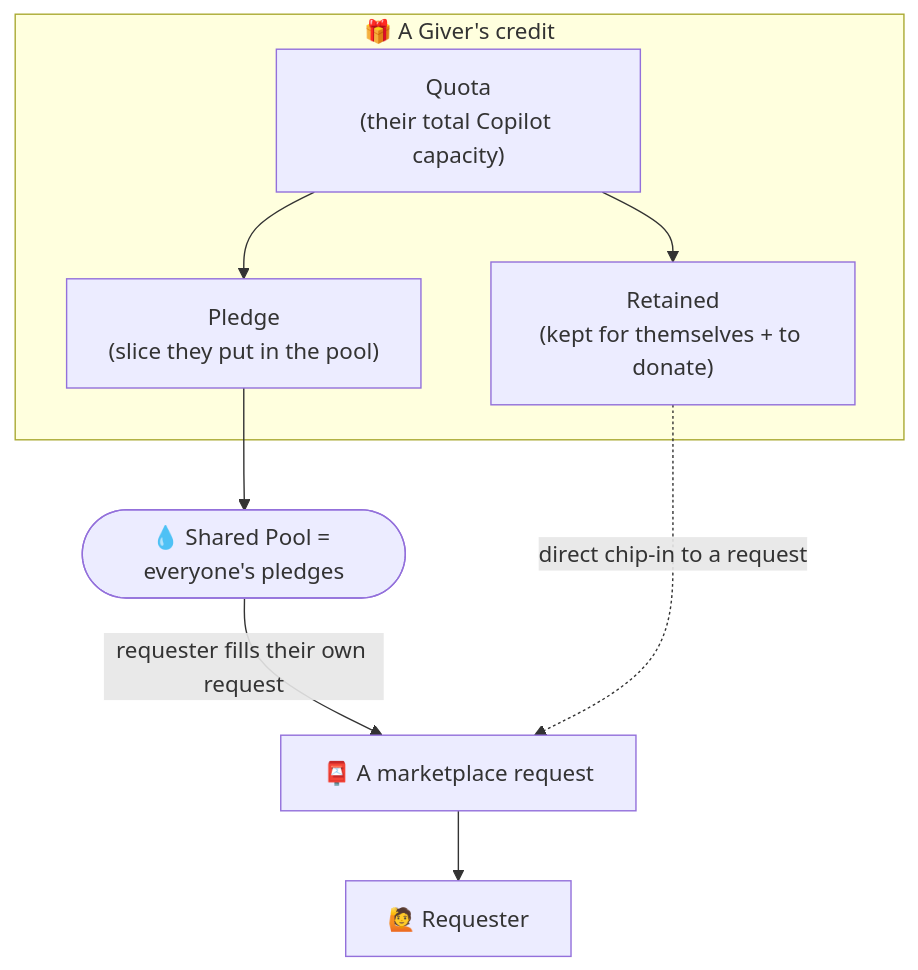
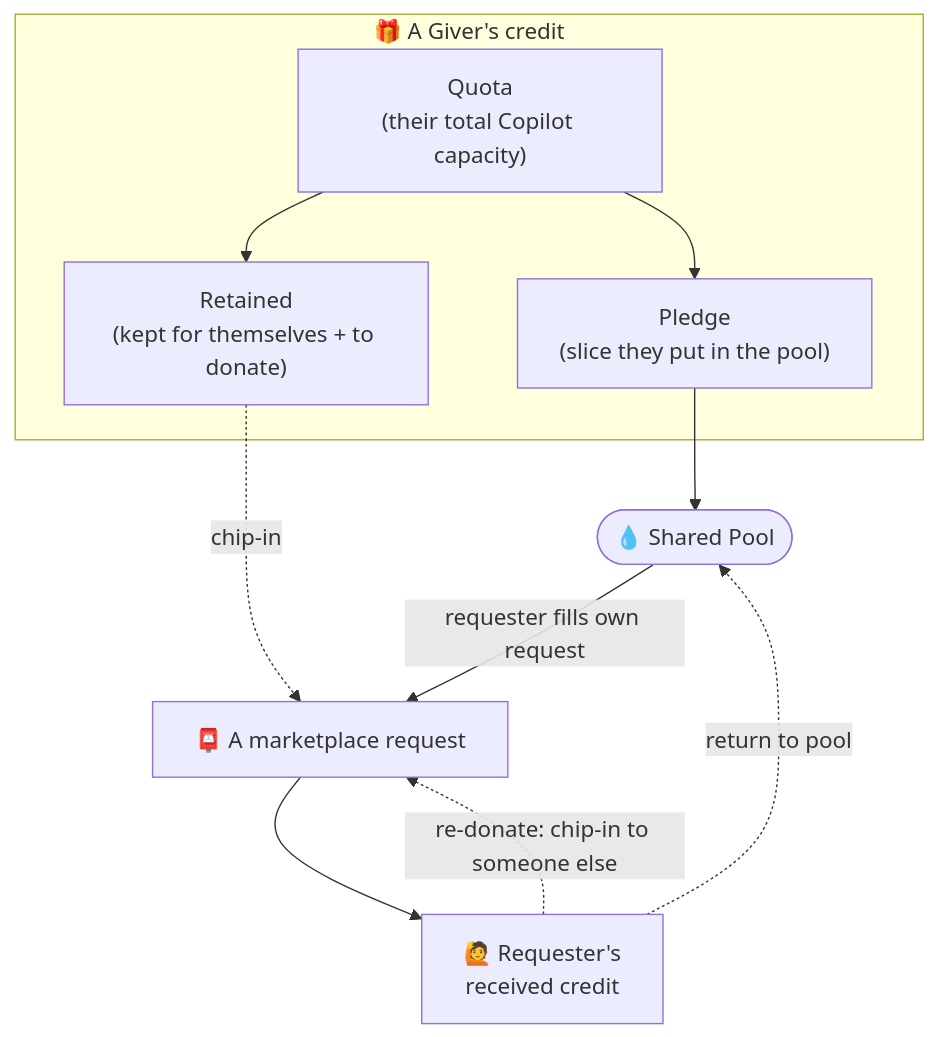
The first of 2 diagrams in docs/guide/04-credits-and-accounting.md (khirooo/CTC), drawn with Mermaid before and after one commit. The commit also changed other lines of this file, not shown here.

Commit message:
docs(guide): document re-donation and pool returns in the credit model

````diff
--- a/docs/guide/04-credits-and-accounting.md
+++ b/docs/guide/04-credits-and-accounting.md
@@ -24,12 +24,14 @@
 ```mermaid
 flowchart TB
     subgraph Giver["🎁 A Giver's credit"]
         Quota["Quota<br/>(their total Copilot capacity)"]
         Quota --> Pledge["Pledge<br/>(slice they put in the pool)"]
         Quota --> Retained["Retained<br/>(kept for themselves + to donate)"]
     end
-    Pledge --> Pool([💧 Shared Pool = everyone's pledges])
-    Pool -->|"requester fills their own request"| Request["📮 A marketplace request"]
-    Retained -.->|"direct chip-in to a request"| Request
-    Request --> Consumer["🙋 Requester"]
+    Pledge --> Pool([💧 Shared Pool])
+    Retained -.->|"chip-in"| Request["📮 A marketplace request"]
+    Pool -->|"requester fills own request"| Request
+    Request --> Recv["🙋 Requester's<br/>received credit"]
+    Recv -.->|"re-donate: chip-in to someone else"| Request
+    Recv -.->|"return to pool"| Pool
 ```
````
